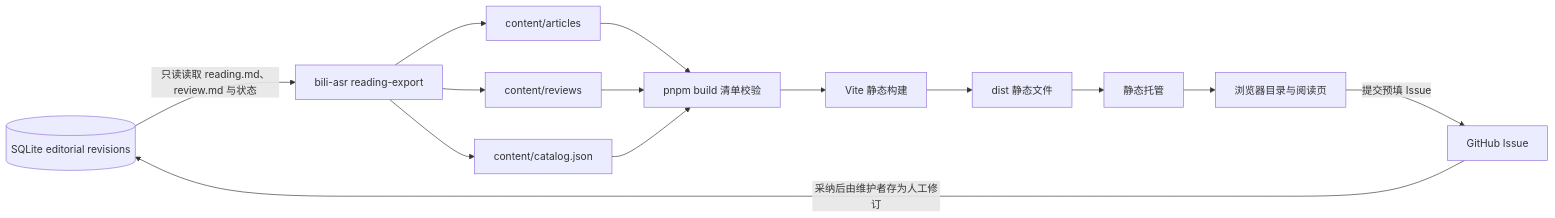
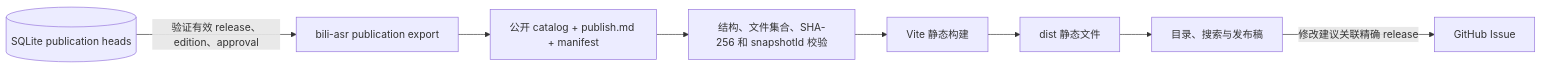
The diagram in README.md (SuperCatQR/markdown-reading-site), drawn with Mermaid before and after one commit. The commit also changed other lines of this file and 55 other files, not shown here.

Commit message:
Consume verified publication snapshots in reading site

````diff
--- a/README.md
+++ b/README.md
@@ -9,16 +10,10 @@
 ```mermaid
 flowchart LR
-  db[(SQLite editorial revisions)] -->|只读读取 reading.md、review.md 与状态| exporter[bili-asr reading-export]
-  exporter --> articles[content/articles]
-  exporter --> reviews[content/reviews]
-  exporter --> catalog[content/catalog.json]
-  articles --> validate[pnpm build 清单校验]
-  reviews --> validate
-  catalog --> validate
+  db[(SQLite publication heads)] -->|验证有效 release、edition、approval| exporter[bili-asr publication export]
+  exporter --> content[公开 catalog + publish.md + manifest]
+  content --> validate[结构、文件集合、SHA-256 和 snapshotId 校验]
   validate --> vite[Vite 静态构建]
   vite --> dist[dist 静态文件]
-  dist --> host[静态托管]
-  host --> browser[浏览器目录与阅读页]
-  browser -->|提交预填 Issue| issue[GitHub Issue]
-  issue -->|采纳后由维护者存为人工修订| db
+  dist --> browser[目录、搜索与发布稿]
+  browser -->|修改建议关联精确 release| issue[GitHub Issue]
 ```
````
